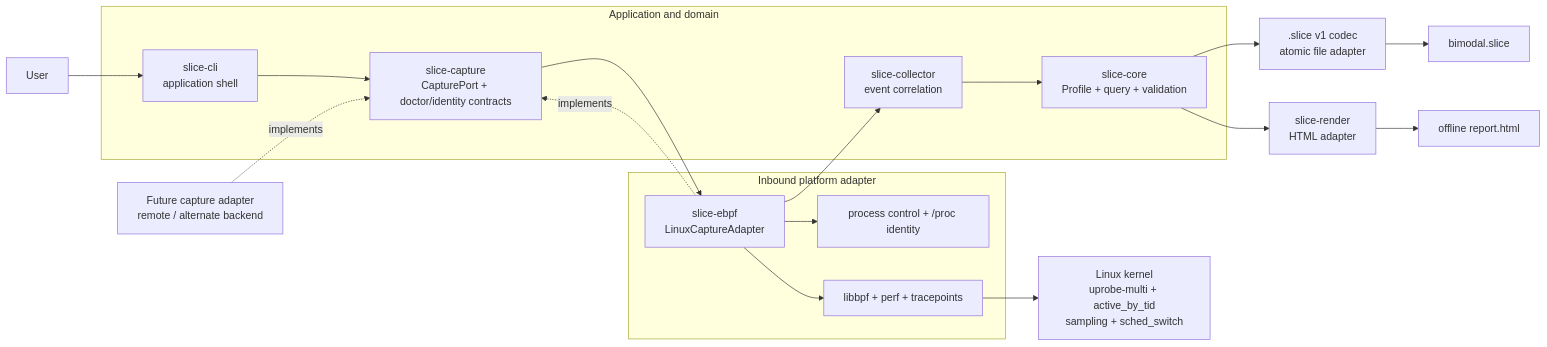
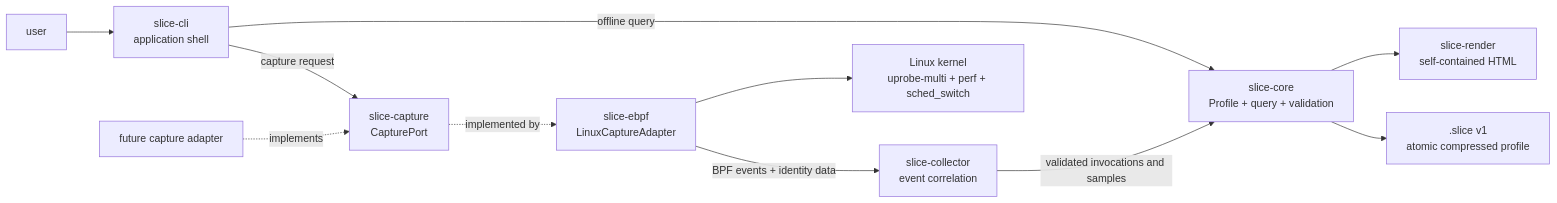
One commit to dorianturner/slice changed the diagram in README.md. Above: the diagram before and after it, drawn with Mermaid. The commit also changed other lines of this file and 9 other files, not shown here.

First line of the commit message:
docs: align architecture and workflow guides

````diff
--- a/README.md
+++ b/README.md
@@ -126,33 +132,13 @@
 ```mermaid
 flowchart LR
-    User["User"] --> CLI["slice-cli<br/>application shell"]
-
-    subgraph Hexagon["Application and domain"]
-        Port["slice-capture<br/>CapturePort + doctor/identity contracts"]
-        Collector["slice-collector<br/>event correlation"]
-        Core["slice-core<br/>Profile + query + validation"]
-        CLI --> Port
-        Collector --> Core
-    end
-
-    subgraph Inbound["Inbound platform adapter"]
-        Linux["slice-ebpf<br/>LinuxCaptureAdapter"]
-        Proc["process control + /proc identity"]
-        BPF["libbpf + perf + tracepoints"]
-        Linux --> Proc
-        Linux --> BPF
-    end
-
-    Linux -.->|implements| Port
-    Port --> Linux
-    BPF --> Kernel["Linux kernel<br/>uprobe-multi + active_by_tid<br/>sampling + sched_switch"]
-    Linux --> Collector
-
-    Core --> Codec[".slice v1 codec<br/>atomic file adapter"]
-    Core --> Render["slice-render<br/>HTML adapter"]
-    Codec --> Profile["bimodal.slice"]
-    Render --> HTML["offline report.html"]
-
-    Future["Future capture adapter<br/>remote / alternate backend"]
-    Future -.->|implements| Port
+    User["user"] --> CLI["slice-cli<br/>application shell"]
+    CLI -->|capture request| Port["slice-capture<br/>CapturePort"]
+    Port -. implemented by .-> Linux["slice-ebpf<br/>LinuxCaptureAdapter"]
+    Linux -->|BPF events + identity data| Collector["slice-collector<br/>event correlation"]
+    Linux --> Kernel["Linux kernel<br/>uprobe-multi + perf + sched_switch"]
+    Collector -->|validated invocations and samples| Core["slice-core<br/>Profile + query + validation"]
+    CLI -->|offline query| Core
+    Core --> Store[".slice v1<br/>atomic compressed profile"]
+    Core --> Render["slice-render<br/>self-contained HTML"]
+    Future["future capture adapter"] -. implements .-> Port
 ```
````
